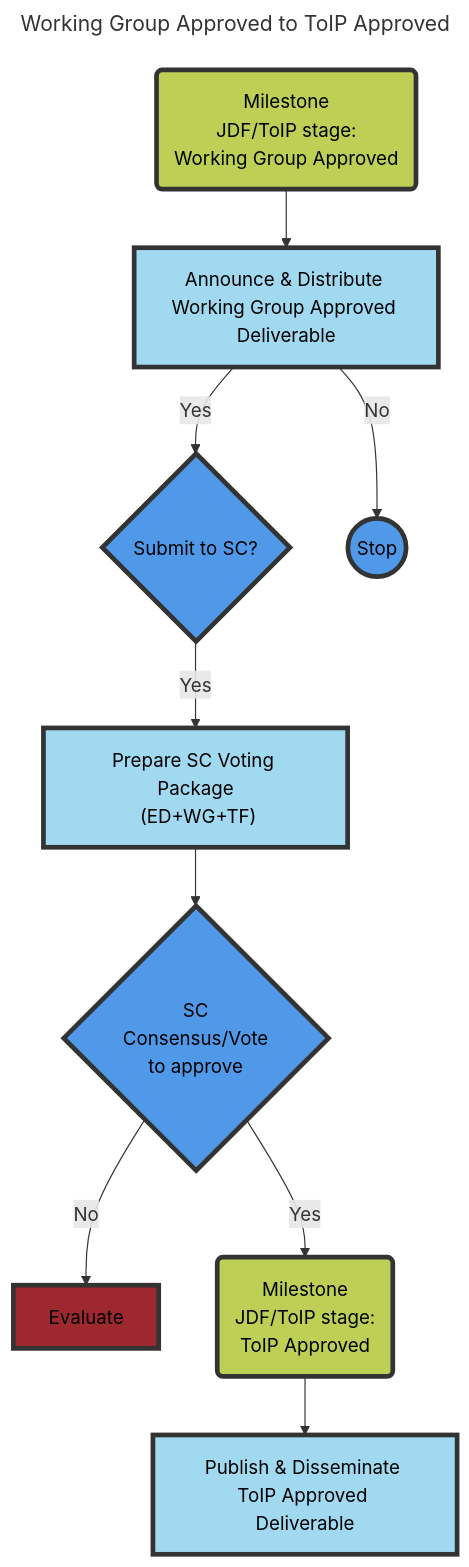
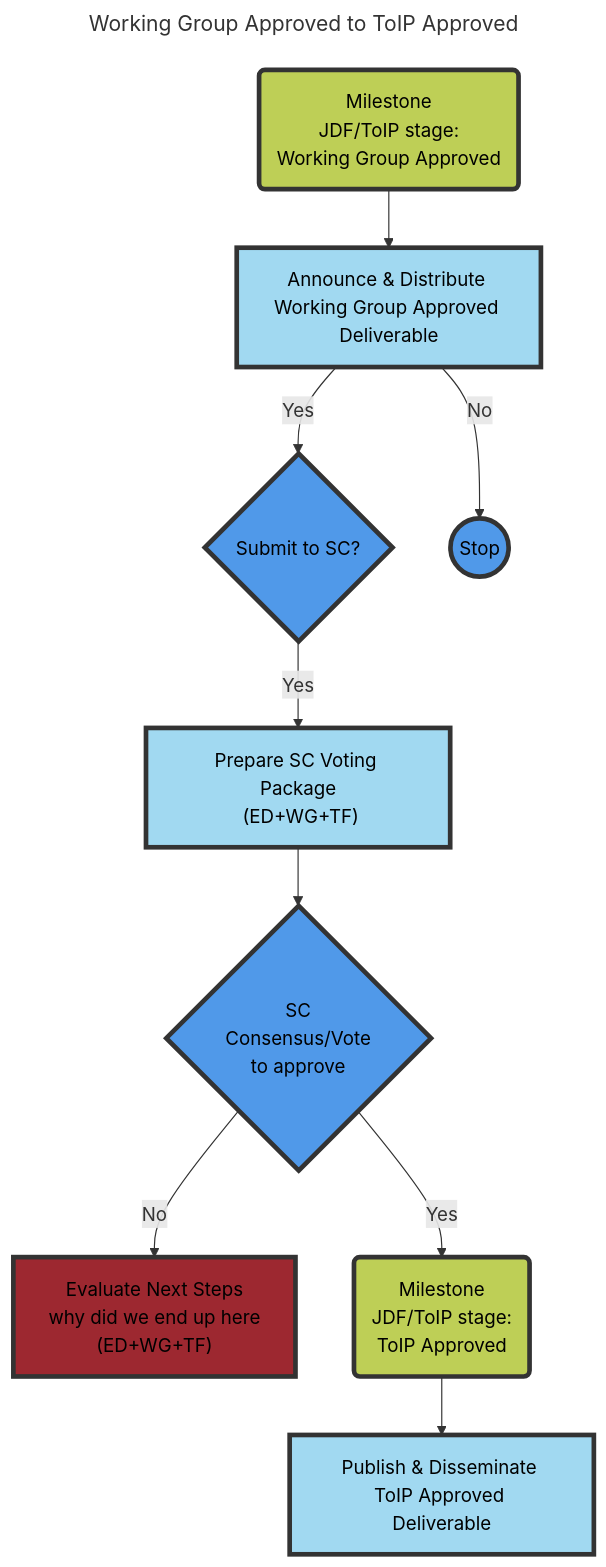
The diagram in working-group-approved-to-toip-approved.md (m00sey/development-stages), drawn with Mermaid before and after one commit.

Commit message:
fixes missing content

````diff
--- a/working-group-approved-to-toip-approved.md
+++ b/working-group-approved-to-toip-approved.md
@@ -1,38 +1,37 @@
 ```mermaid
 ---
 title: Working Group Approved to ToIP Approved
 ---
 
 flowchart TD
     A("Milestone\nJDF/ToIP stage:\nWorking Group Approved")
     B["Announce & Distribute Working Group Approved Deliverable"]
     C{"Submit to SC?"}
     D["Prepare SC Voting Package\n (ED+WG+TF)"]
     E{"SC\n Consensus/Vote\n to approve"}
-    F["Evaluate"]
+    F["Evaluate Next Steps\nwhy did we end up here\n(ED+WG+TF)"]
     G(Milestone\nJDF/ToIP stage:\nToIP Approved)
     H["Publish & Disseminate ToIP Approved Deliverable"]
 
     A --> B
     B --> | No | S((Stop))
     B --> | Yes | C
     C --> | Yes | D
     D --> E
     E --> | No | F
     E --> | Yes | G
     G --> H
-
 
     style A fill:#BECF56,stroke:#333,color:#000,stroke-width:4px
     style G fill:#BECF56,stroke:#333,color:#000,stroke-width:4px
     
     style B fill:#A1D9F1,stroke:#333,color:#000,stroke-width:4px
     style D fill:#A1D9F1,stroke:#333,color:#000,stroke-width:4px
     style H fill:#A1D9F1,stroke:#333,color:#000,stroke-width:4px
 
     style C fill:#5099E9,stroke:#333,color:#000,stroke-width:4px
     style E fill:#5099E9,stroke:#333,color:#000,stroke-width:4px
     style S fill:#5099E9,stroke:#333,color:#000,stroke-width:4px
 
     style F fill:#9D2830,stroke:#333,color:#000,stroke-width:4px
 ```
````
